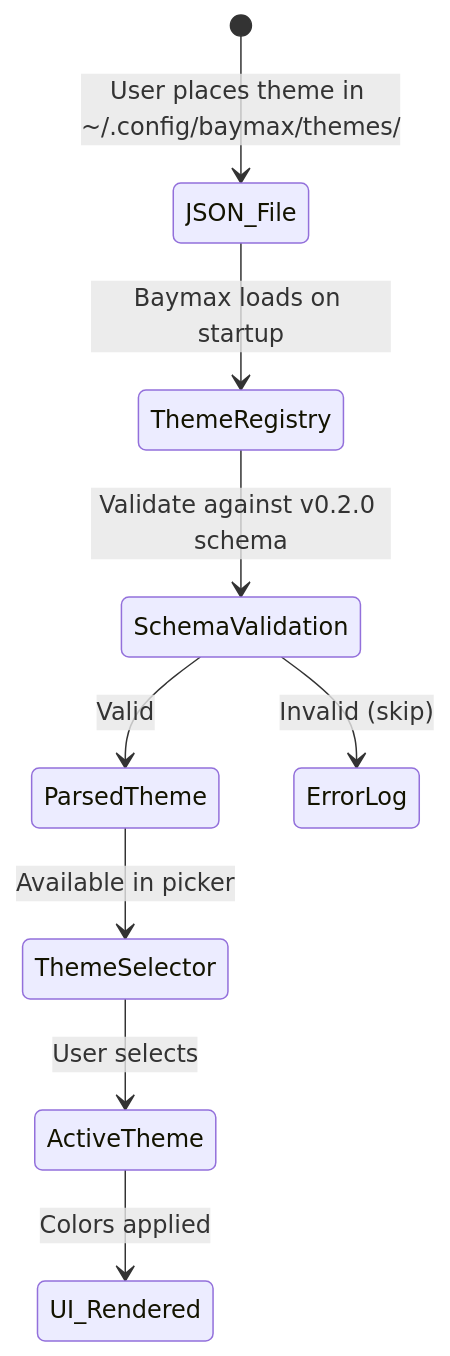
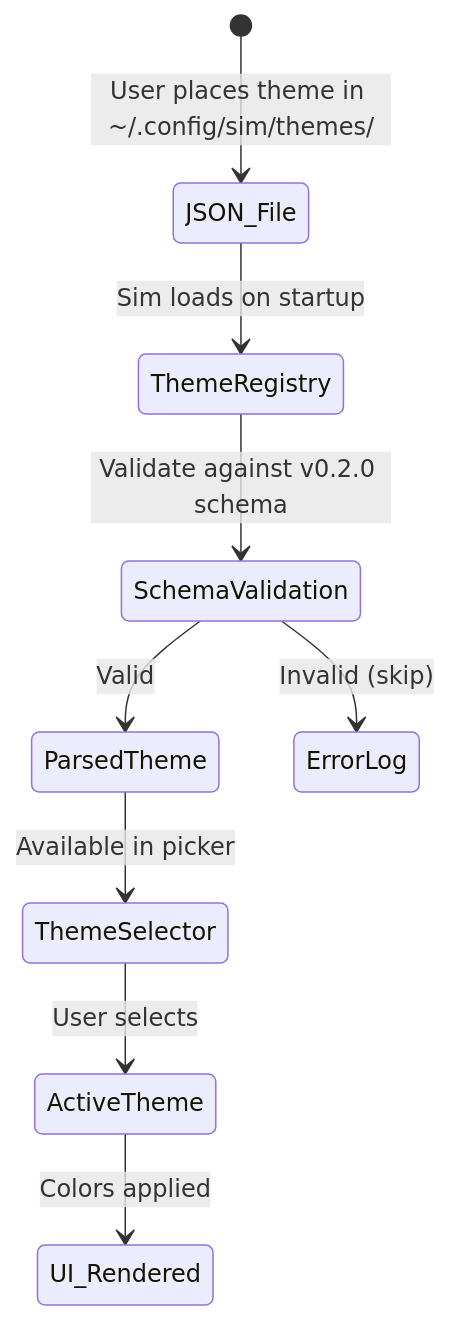
Before and after one commit to imagineerings/xor: the second of 2 diagrams in .agents/specs/spectrum-2-theme/design.md, drawn with Mermaid. The commit also changed other lines of this file and 1952 other files, not shown here.

Commit message:
chore: rename from baymax to sim (#61)

````diff
--- a/.agents/specs/spectrum-2-theme/design.md
+++ b/.agents/specs/spectrum-2-theme/design.md
@@ -702,11 +702,11 @@
 ```mermaid
 stateDiagram-v2
-    [*] --> JSON_File: User places theme in ~/.config/baymax/themes/
-    JSON_File --> ThemeRegistry: Baymax loads on startup
+    [*] --> JSON_File: User places theme in ~/.config/sim/themes/
+    JSON_File --> ThemeRegistry: Sim loads on startup
     ThemeRegistry --> SchemaValidation: Validate against v0.2.0 schema
     SchemaValidation --> ParsedTheme: Valid
     SchemaValidation --> ErrorLog: Invalid (skip)
     ParsedTheme --> ThemeSelector: Available in picker
     ThemeSelector --> ActiveTheme: User selects
     ActiveTheme --> UI_Rendered: Colors applied
 ```
````
